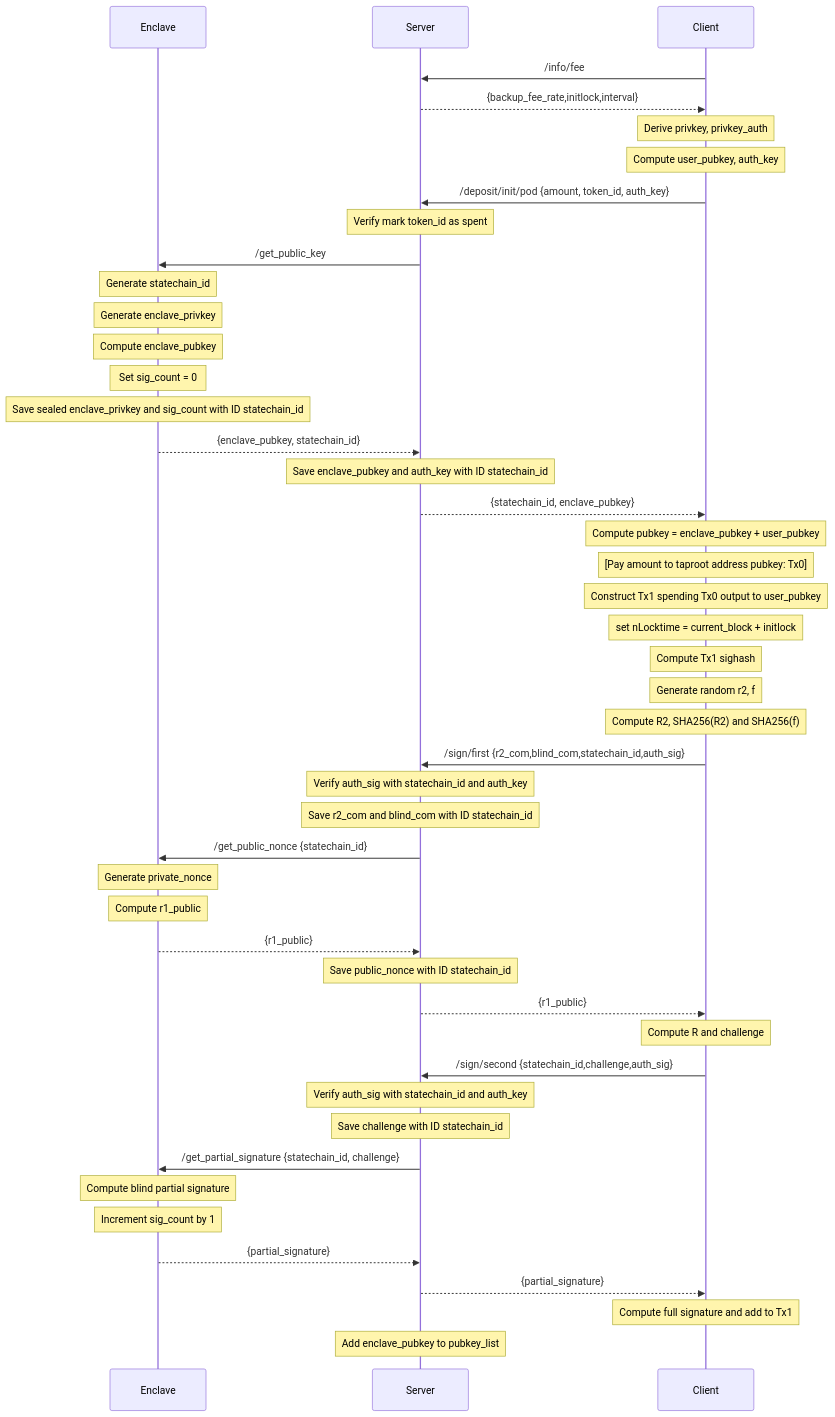
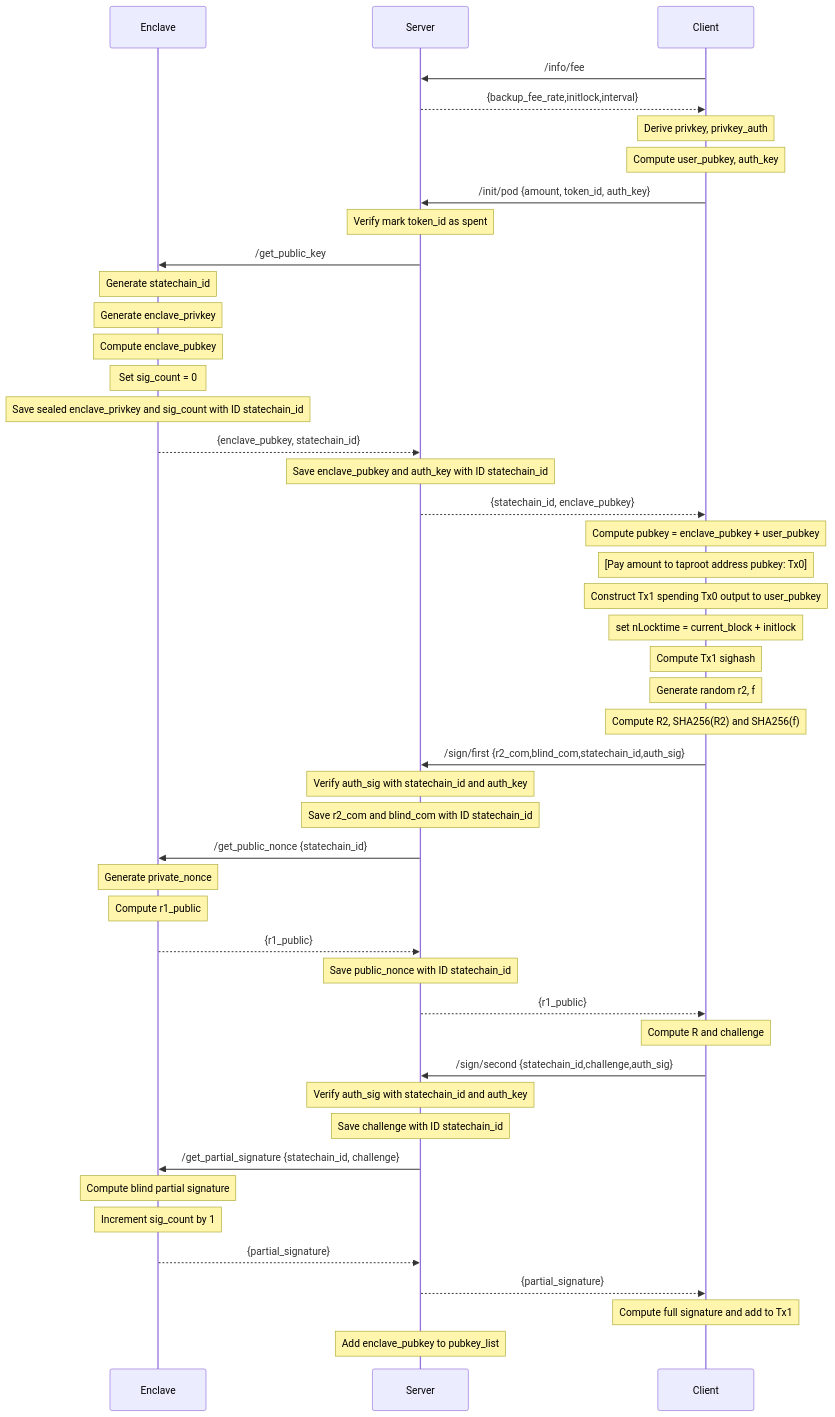
The diagram in docs/deposit_sequence.md (commerceblock/mercurylayer), drawn with Mermaid before and after one commit. The commit also changed other lines of this file and 10 other files, not shown here.

````diff
--- a/docs/deposit_sequence.md
+++ b/docs/deposit_sequence.md
@@ -3,48 +3,48 @@
 ```mermaid
 sequenceDiagram
     participant Enclave
     participant Server
     participant Client
     Client->>Server: /info/fee
     Server-->>Client: {backup_fee_rate,initlock,interval}
     note over Client: Derive privkey, privkey_auth
     note over Client: Compute user_pubkey, auth_key
-    Client->>Server: /deposit/init/pod {amount, token_id, auth_key}
+    Client->>Server: /init/pod {amount, token_id, auth_key}
     note over Server: Verify mark token_id as spent
     Server->>Enclave: /get_public_key
     note over Enclave: Generate statechain_id    
     note over Enclave: Generate enclave_privkey
     note over Enclave: Compute enclave_pubkey
     note over Enclave: Set sig_count = 0
     note over Enclave: Save sealed enclave_privkey and sig_count with ID statechain_id
     Enclave-->>Server: {enclave_pubkey, statechain_id}
     note over Server: Save enclave_pubkey and auth_key with ID statechain_id
     Server-->>Client: {statechain_id, enclave_pubkey}    
     note over Client: Compute pubkey = enclave_pubkey + user_pubkey
     note over Client: [Pay amount to taproot address pubkey: Tx0]
     note over Client: Construct Tx1 spending Tx0 output to user_pubkey
     note over Client: set nLocktime = current_block + initlock
     note over Client: Compute Tx1 sighash
     note over Client: Generate random r2, f 
     note over Client: Compute R2, SHA256(R2) and SHA256(f)
     Client->>Server: /sign/first {r2_com,blind_com,statechain_id,auth_sig}
     note over Server: Verify auth_sig with statechain_id and auth_key
     note over Server: Save r2_com and blind_com with ID statechain_id
     Server->>Enclave: /get_public_nonce {statechain_id}
     note over Enclave: Generate private_nonce
     note over Enclave: Compute r1_public
     Enclave-->>Server: {r1_public}
     note over Server: Save public_nonce with ID statechain_id
     Server-->>Client: {r1_public}
     note over Client: Compute R and challenge
     Client->>Server: /sign/second {statechain_id,challenge,auth_sig}
     note over Server: Verify auth_sig with statechain_id and auth_key
     note over Server: Save challenge  with ID statechain_id
     Server->>Enclave: /get_partial_signature {statechain_id, challenge}
     note over Enclave: Compute blind partial signature
     note over Enclave: Increment sig_count by 1
     Enclave-->>Server: {partial_signature}
     Server-->>Client: {partial_signature}
     note over Client: Compute full signature and add to Tx1
     note over Server: Add enclave_pubkey to pubkey_list
 ```
````
